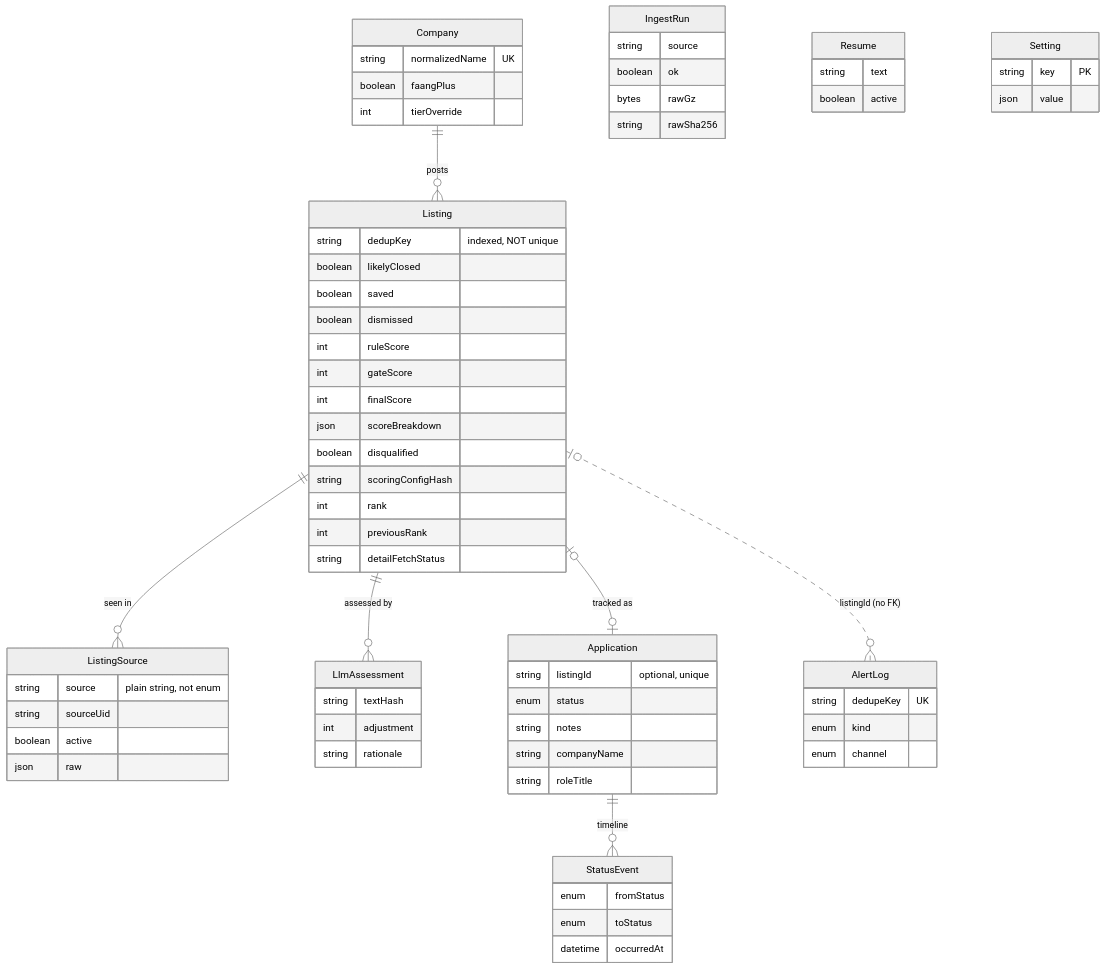
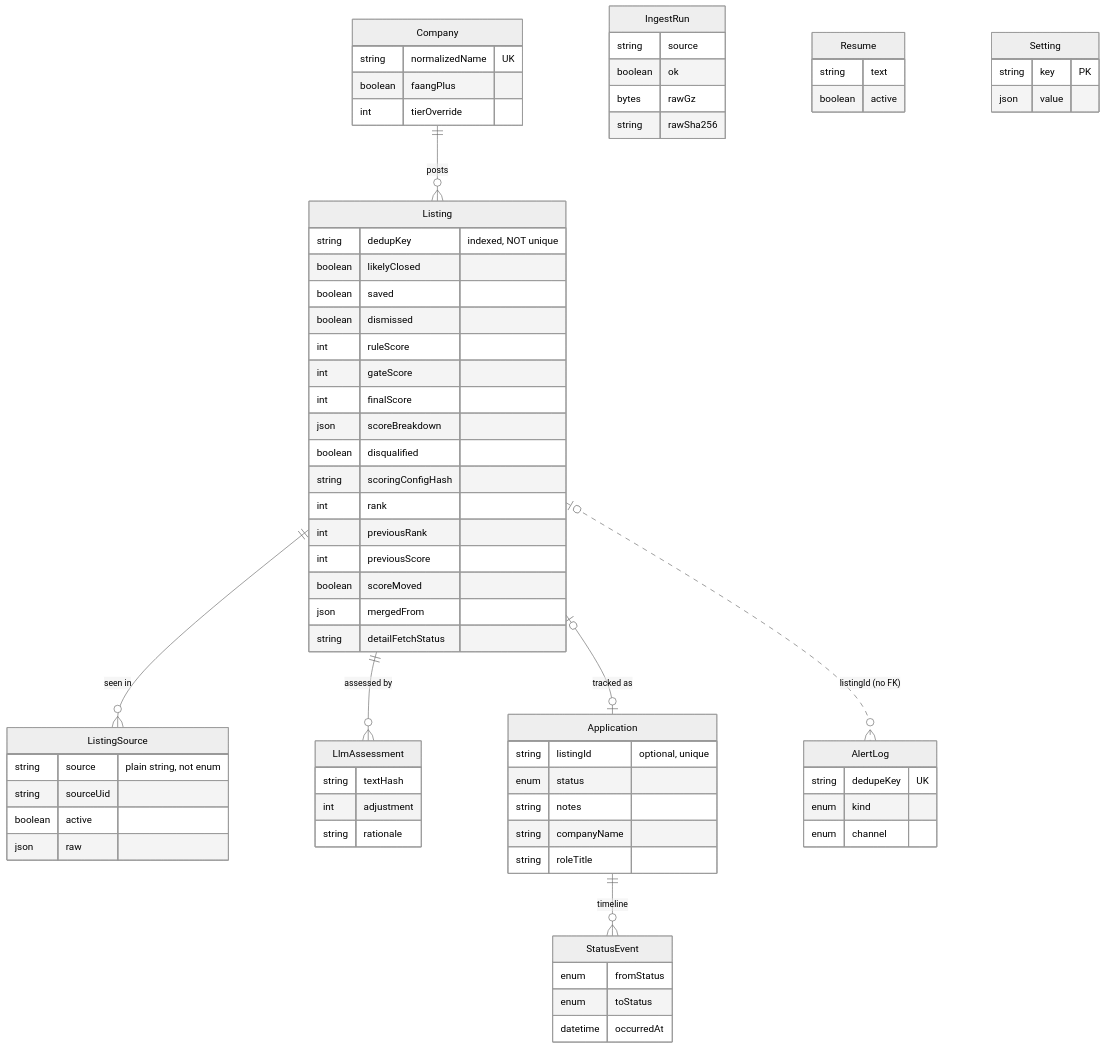
One commit to jaydenmistry/internship-tracker changed the second of 2 diagrams in docs/ARCHITECTURE.md. Above: the diagram before and after it, drawn with Mermaid (neutral theme). The commit also changed other lines of this file and 77 other files, not shown here.

````diff
--- a/docs/ARCHITECTURE.md
+++ b/docs/ARCHITECTURE.md
@@ -75,72 +75,75 @@
 ```mermaid
 erDiagram
   Company ||--o{ Listing : "posts"
   Listing ||--o{ ListingSource : "seen in"
   Listing ||--o{ LlmAssessment : "assessed by"
   Listing |o--o| Application : "tracked as"
   Application ||--o{ StatusEvent : "timeline"
   Listing |o..o{ AlertLog : "listingId (no FK)"
 
   Company {
     string normalizedName UK
     boolean faangPlus
     int tierOverride
   }
   Listing {
     string dedupKey "indexed, NOT unique"
     boolean likelyClosed
     boolean saved
     boolean dismissed
     int ruleScore
     int gateScore
     int finalScore
     json scoreBreakdown
     boolean disqualified
     string scoringConfigHash
     int rank
     int previousRank
+    int previousScore
+    boolean scoreMoved
+    json mergedFrom
     string detailFetchStatus
   }
   ListingSource {
     string source "plain string, not enum"
     string sourceUid
     boolean active
     json raw
   }
   LlmAssessment {
     string textHash
     int adjustment
     string rationale
   }
   Application {
     string listingId "optional, unique"
     enum status
     string notes
     string companyName
     string roleTitle
   }
   StatusEvent {
     enum fromStatus
     enum toStatus
     datetime occurredAt
   }
   IngestRun {
     string source
     boolean ok
     bytes rawGz
     string rawSha256
   }
   Resume {
     string text
     boolean active
   }
   Setting {
     string key PK
     json value
   }
   AlertLog {
     string dedupeKey UK
     enum kind
     enum channel
   }
 ```
````
